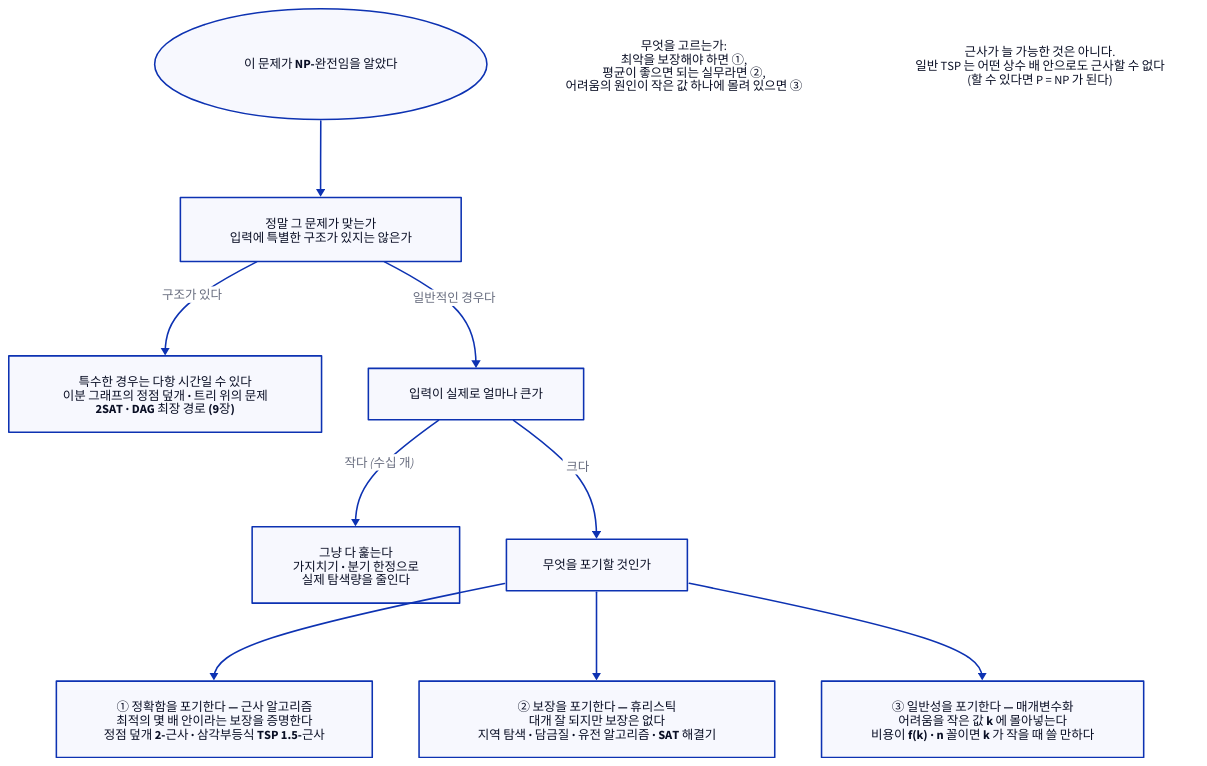
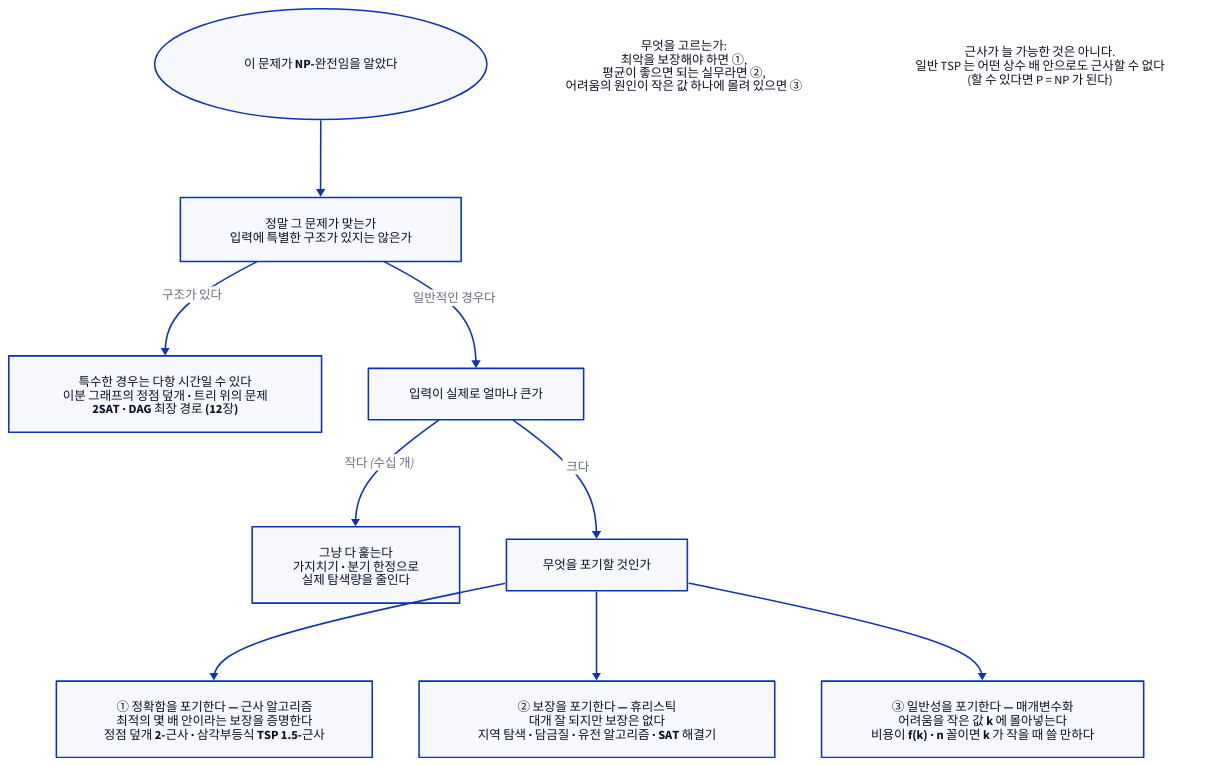
Before and after one commit to Dong-gi/Dong-gi.github.io: the diagram in d2/algorithm/alg-d-np-response.d2, drawn with D2. The commit also changed 622 other files, not shown here.

```diff
--- a/d2/algorithm/alg-d-np-response.d2
+++ b/d2/algorithm/alg-d-np-response.d2
@@ -1,53 +1,53 @@
 # NP-완전 문제를 만났을 때 — 13장(계산 복잡도).
 #
 # 무엇을 읽어야 하나: NP-완전이라는 것은 ‘포기하라’ 가 아니라
 # ‘완벽한 답을 다항 시간에 얻으려는 시도를 그만두라’ 는 뜻이다. 무엇을 포기할지 고르면 된다.
 direction: down
 
 만남: { label: "이 문제가 NP-완전임을 알았다"; shape: oval; style.bold: true }
 
 확인: { label: "정말 그 문제가 맞는가\n입력에 특별한 구조가 있지는 않은가" }
 만남 -> 확인
 
 특수: {
-  label: "특수한 경우는 다항 시간일 수 있다\n이분 그래프의 정점 덮개 · 트리 위의 문제\n2SAT · DAG 최장 경로 (9장)"
+  label: "특수한 경우는 다항 시간일 수 있다\n이분 그래프의 정점 덮개 · 트리 위의 문제\n2SAT · DAG 최장 경로 (12장)"
   style.bold: true
 }
 확인 -> 특수: "구조가 있다"
 
 크기: { label: "입력이 실제로 얼마나 큰가" }
 확인 -> 크기: "일반적인 경우다"
 
 완전탐색: {
   label: "그냥 다 훑는다\n가지치기 · 분기 한정으로\n실제 탐색량을 줄인다"
 }
 크기 -> 완전탐색: "작다 (수십 개)"
 
 세갈래: { label: "무엇을 포기할 것인가" }
 크기 -> 세갈래: "크다"
 
 근사: {
   label: "① 정확함을 포기한다 — 근사 알고리즘\n최적의 몇 배 안이라는 보장을 증명한다\n정점 덮개 2-근사 · 삼각부등식 TSP 1.5-근사"
   style.bold: true
 }
 휴리스틱: {
   label: "② 보장을 포기한다 — 휴리스틱\n대개 잘 되지만 보장은 없다\n지역 탐색 · 담금질 · 유전 알고리즘 · SAT 해결기"
   style.bold: true
 }
 매개변수: {
   label: "③ 일반성을 포기한다 — 매개변수화\n어려움을 작은 값 k 에 몰아넣는다\n비용이 f(k) · n 꼴이면 k 가 작을 때 쓸 만하다"
   style.bold: true
 }
 세갈래 -> 근사
 세갈래 -> 휴리스틱
 세갈래 -> 매개변수
 
 고르기: {
   label: "무엇을 고르는가:\n최악을 보장해야 하면 ①,\n평균이 좋으면 되는 실무라면 ②,\n어려움의 원인이 작은 값 하나에 몰려 있으면 ③"
   shape: text
 }
 
 주의: {
   label: "근사가 늘 가능한 것은 아니다.\n일반 TSP 는 어떤 상수 배 안으로도 근사할 수 없다\n(할 수 있다면 P = NP 가 된다)"
   shape: text
 }
```
